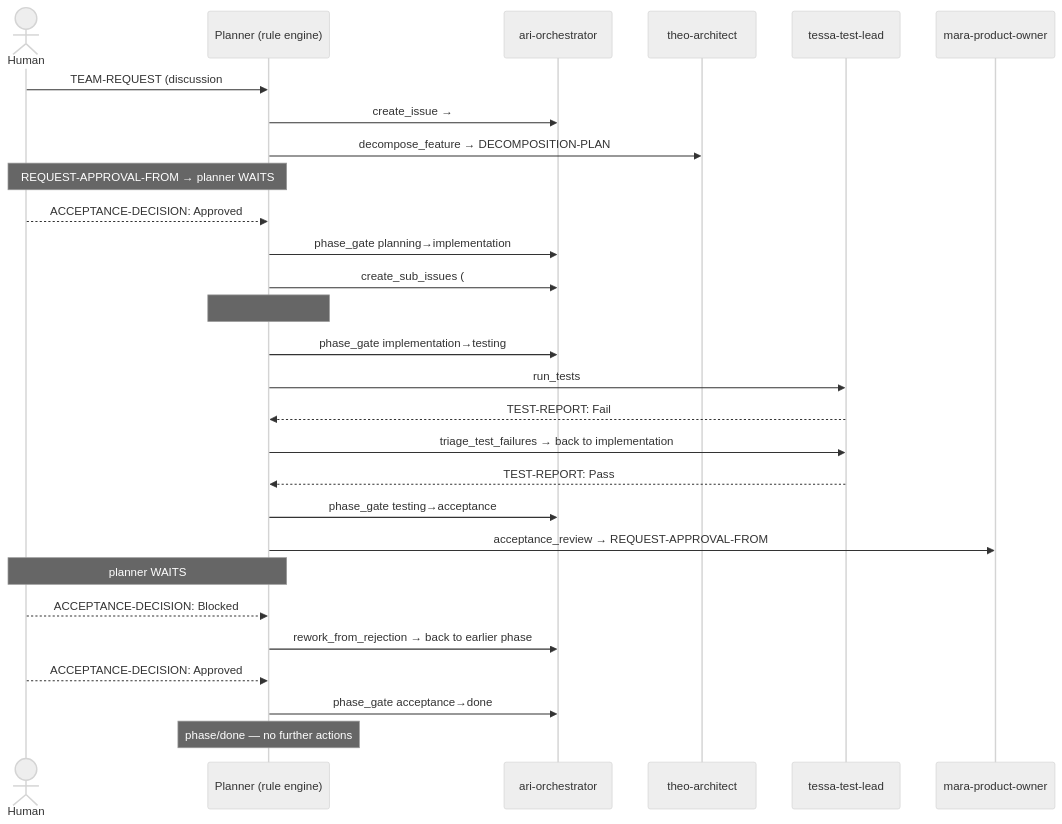
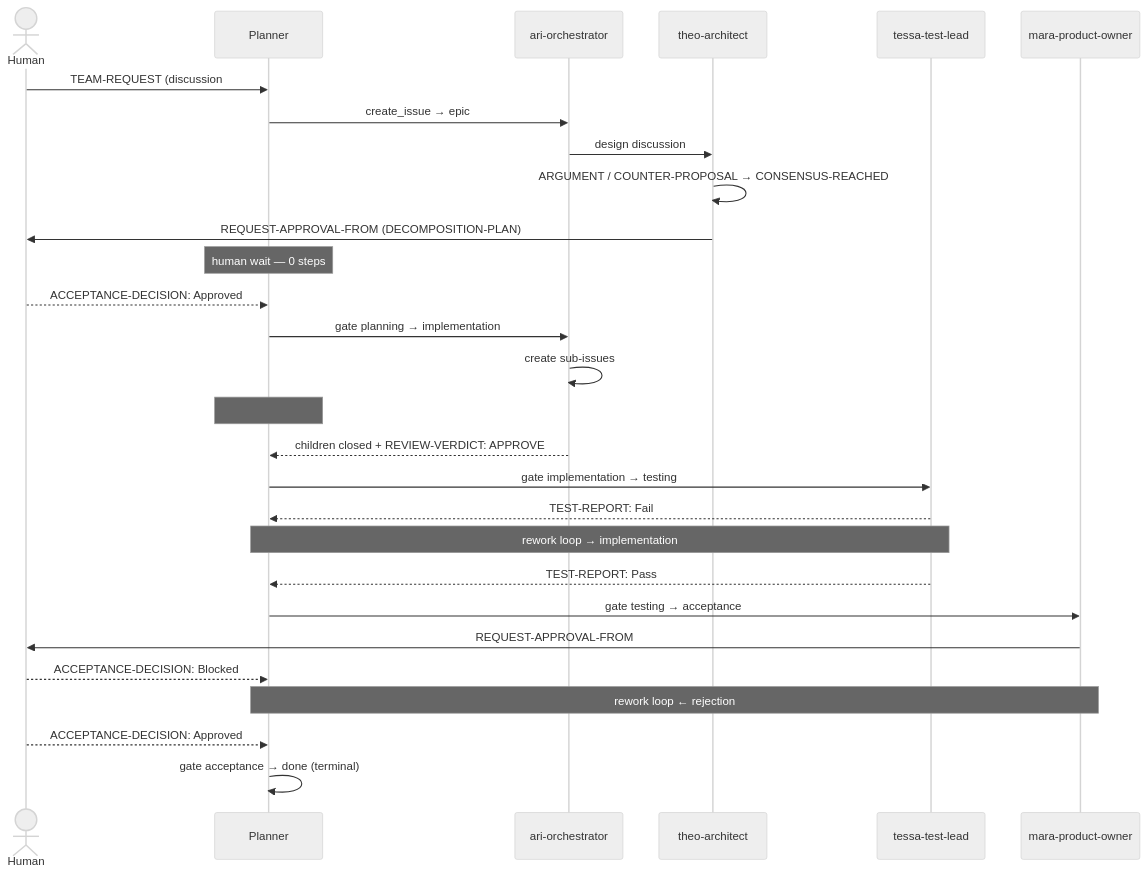
One commit to ci4me/ai-erp-foundation changed the diagram in docs/simulation-login-feature.md. Above: the diagram before and after it, drawn with Mermaid (neutral theme). The commit also changed other lines of this file and 8 other files, not shown here.

````diff
--- a/docs/simulation-login-feature.md
+++ b/docs/simulation-login-feature.md
@@ -127,31 +137,31 @@
 ```mermaid
 sequenceDiagram
     actor Human
-    participant P as Planner (rule engine)
+    participant Planner
     participant Ari as ari-orchestrator
     participant Theo as theo-architect
     participant Tessa as tessa-test-lead
     participant Mara as mara-product-owner
 
-    Human->>P: TEAM-REQUEST (discussion #1)
-    P->>Ari: create_issue → #100 (epic, phase/planning)
-    P->>Theo: decompose_feature → DECOMPOSITION-PLAN
-    Note over P,Human: REQUEST-APPROVAL-FROM → planner WAITS
-    Human-->>P: ACCEPTANCE-DECISION: Approved
-    P->>Ari: phase_gate planning→implementation
-    P->>Ari: create_sub_issues (#101, #102)
-    Note over P: #102 Depends on #101 → BLOCKED, only #101 worked
-    P->>Ari: phase_gate implementation→testing
-    P->>Tessa: run_tests
-    Tessa-->>P: TEST-REPORT: Fail
-    P->>Tessa: triage_test_failures → back to implementation
-    Tessa-->>P: TEST-REPORT: Pass
-    P->>Ari: phase_gate testing→acceptance
-    P->>Mara: acceptance_review → REQUEST-APPROVAL-FROM
-    Note over P,Human: planner WAITS
-    Human-->>P: ACCEPTANCE-DECISION: Blocked
-    P->>Ari: rework_from_rejection → back to earlier phase
-    Human-->>P: ACCEPTANCE-DECISION: Approved
-    P->>Ari: phase_gate acceptance→done
-    Note over P: phase/done — no further actions
+    Human->>Planner: TEAM-REQUEST (discussion #1)
+    Planner->>Ari: create_issue → epic #100 (phase/planning)
+    Ari->>Theo: design discussion
+    Theo->>Theo: ARGUMENT / COUNTER-PROPOSAL → CONSENSUS-REACHED
+    Theo->>Human: REQUEST-APPROVAL-FROM (DECOMPOSITION-PLAN)
+    Note over Planner: human wait — 0 steps
+    Human-->>Planner: ACCEPTANCE-DECISION: Approved
+    Planner->>Ari: gate planning → implementation
+    Ari->>Ari: create sub-issues #101, #102 (#102 depends on #101)
+    Note over Planner: #102 dependency-blocked — 0 steps
+    Ari-->>Planner: children closed + REVIEW-VERDICT: APPROVE
+    Planner->>Tessa: gate implementation → testing
+    Tessa-->>Planner: TEST-REPORT: Fail
+    Note over Planner,Tessa: rework loop → implementation
+    Tessa-->>Planner: TEST-REPORT: Pass
+    Planner->>Mara: gate testing → acceptance
+    Mara->>Human: REQUEST-APPROVAL-FROM
+    Human-->>Planner: ACCEPTANCE-DECISION: Blocked
+    Note over Planner,Mara: rework loop ← rejection
+    Human-->>Planner: ACCEPTANCE-DECISION: Approved
+    Planner->>Planner: gate acceptance → done (terminal)
 ```
````
